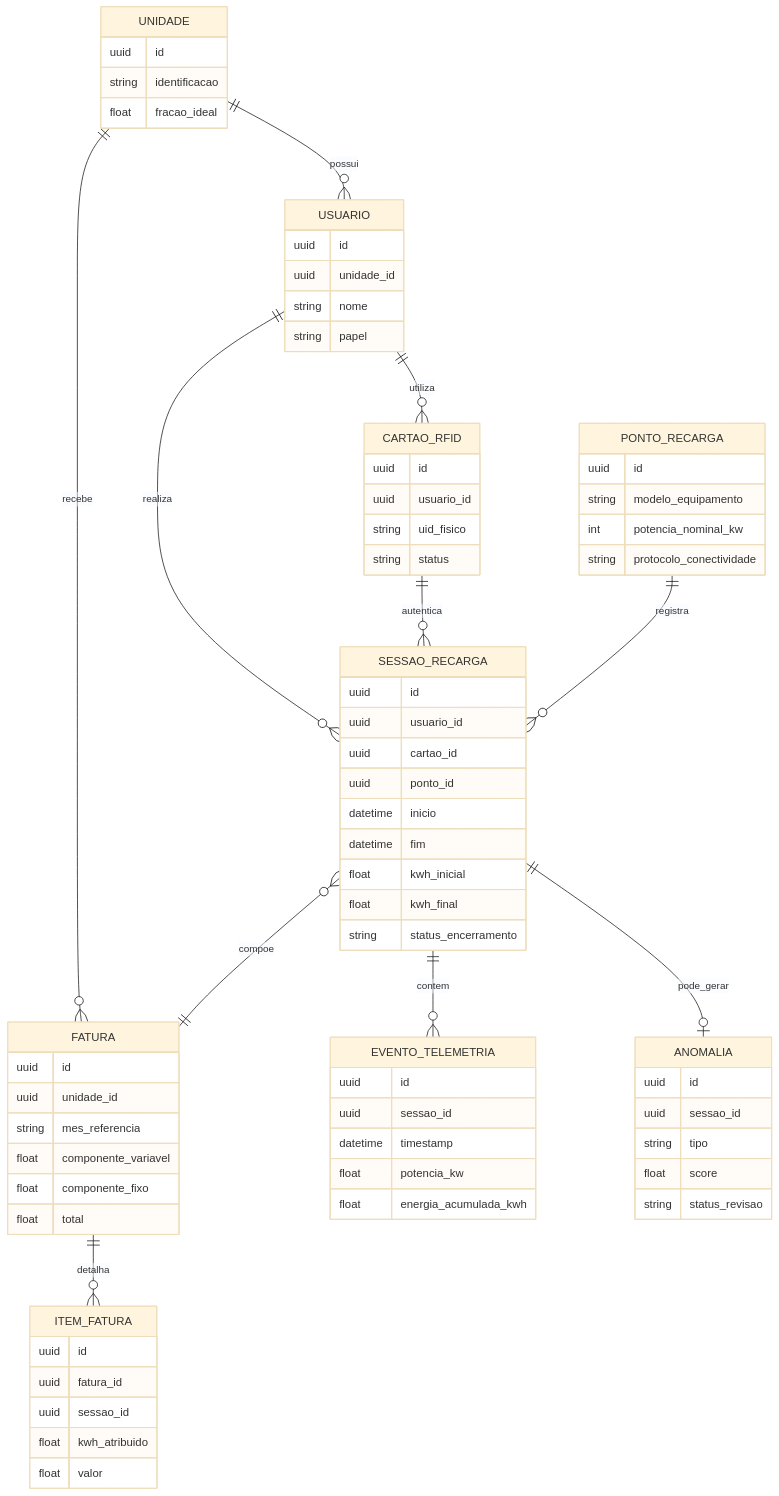
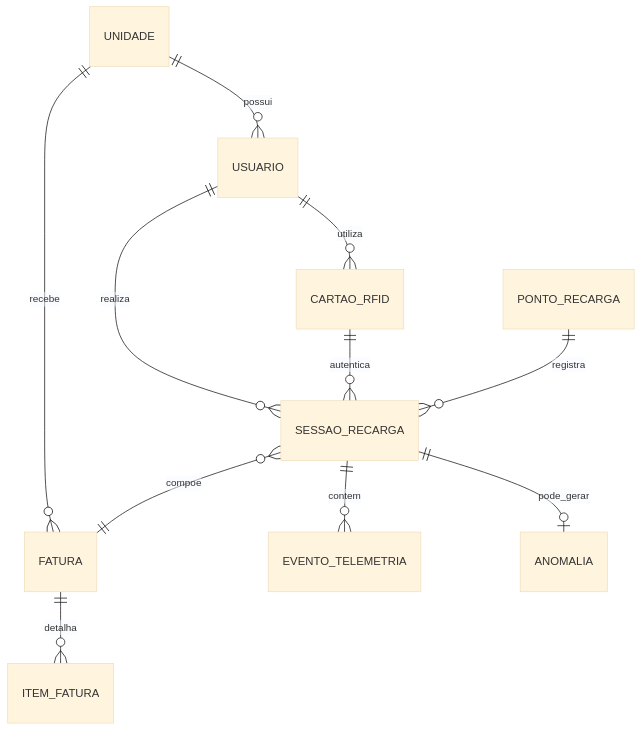
Before and after one commit to PedroSales-dev/Challenge-GOODWE: the second of 2 diagrams in README.md, drawn with Mermaid (base theme). The commit also changed other lines of this file and 15 other files, not shown here.

````diff
--- a/README.md
+++ b/README.md
@@ -281,77 +169,13 @@
 ```mermaid
 erDiagram
     UNIDADE ||--o{ USUARIO : possui
     UNIDADE ||--o{ FATURA : recebe
     USUARIO ||--o{ CARTAO_RFID : utiliza
     USUARIO ||--o{ SESSAO_RECARGA : realiza
     CARTAO_RFID ||--o{ SESSAO_RECARGA : autentica
     PONTO_RECARGA ||--o{ SESSAO_RECARGA : registra
     SESSAO_RECARGA ||--o{ EVENTO_TELEMETRIA : contem
     SESSAO_RECARGA }o--|| FATURA : compoe
     FATURA ||--o{ ITEM_FATURA : detalha
     SESSAO_RECARGA ||--o| ANOMALIA : pode_gerar
-
-    UNIDADE {
-        uuid id
-        string identificacao
-        float fracao_ideal
-    }
-    USUARIO {
-        uuid id
-        uuid unidade_id
-        string nome
-        string papel
-    }
-    CARTAO_RFID {
-        uuid id
-        uuid usuario_id
-        string uid_fisico
-        string status
-    }
-    PONTO_RECARGA {
-        uuid id
-        string modelo_equipamento
-        int potencia_nominal_kw
-        string protocolo_conectividade
-    }
-    SESSAO_RECARGA {
-        uuid id
-        uuid usuario_id
-        uuid cartao_id
-        uuid ponto_id
-        datetime inicio
-        datetime fim
-        float kwh_inicial
-        float kwh_final
-        string status_encerramento
-    }
-    EVENTO_TELEMETRIA {
-        uuid id
-        uuid sessao_id
-        datetime timestamp
-        float potencia_kw
-        float energia_acumulada_kwh
-    }
-    ANOMALIA {
-        uuid id
-        uuid sessao_id
-        string tipo
-        float score
-        string status_revisao
-    }
-    FATURA {
-        uuid id
-        uuid unidade_id
-        string mes_referencia
-        float componente_variavel
-        float componente_fixo
-        float total
-    }
-    ITEM_FATURA {
-        uuid id
-        uuid fatura_id
-        uuid sessao_id
-        float kwh_atribuido
-        float valor
-    }
 ```
````
